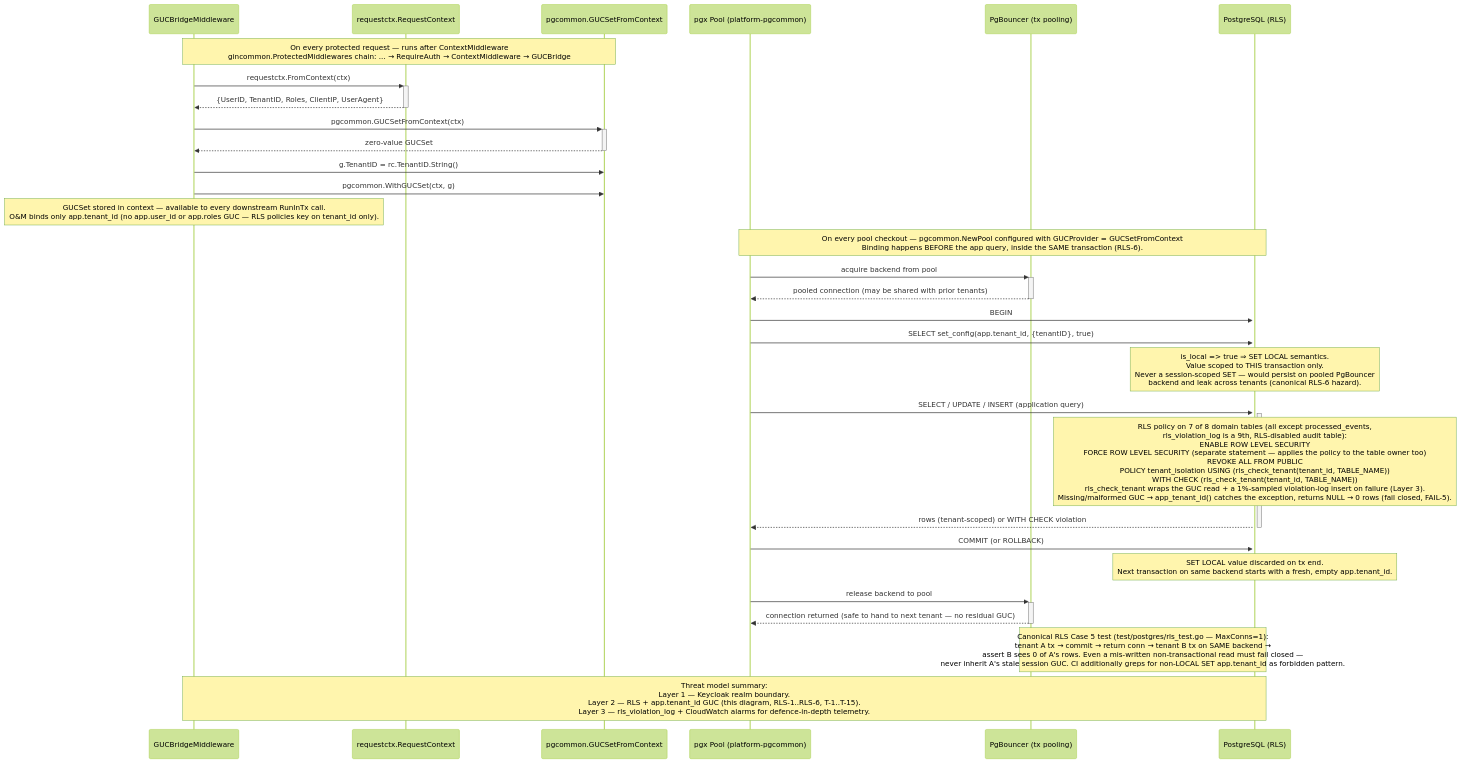
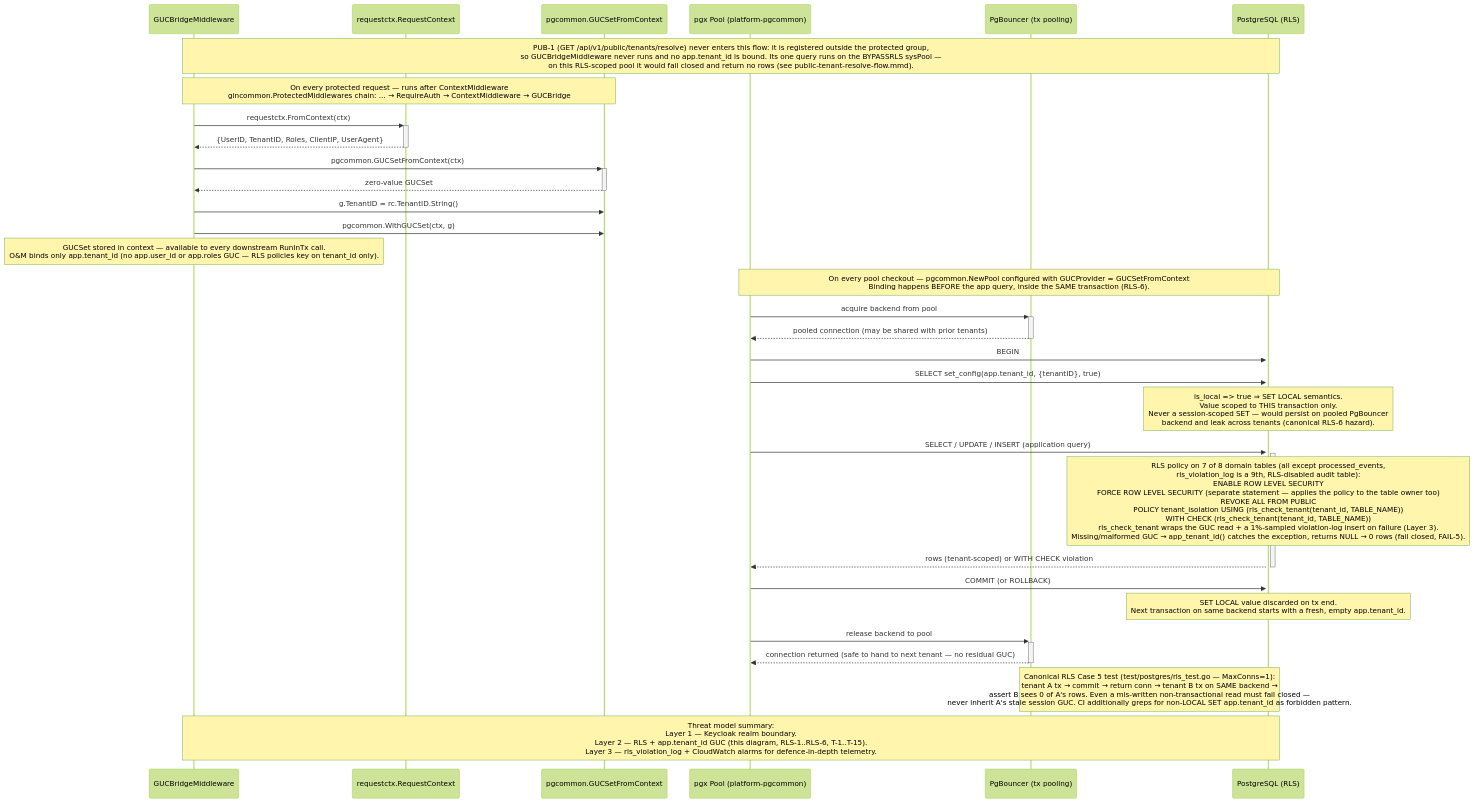
Before and after one commit to BCBP-SOLUTIONS-FZC-LLC/iam-org-membership: diagram 12 of 13 in ARCHITECTURE.md, drawn with Mermaid (forest theme). The commit also changed other lines of this file and 39 other files, not shown here.

First line of the commit message:
feat(api): PUB-1 GET /api/v1/public/tenants/resolve — pre-login tenant/realm resolution (#16)

````diff
--- a/ARCHITECTURE.md
+++ b/ARCHITECTURE.md
@@ -942,45 +984,47 @@
 ```mermaid
 sequenceDiagram
     participant MW as GUCBridgeMiddleware
     participant RC as requestctx.RequestContext
     participant GUC as pgcommon.GUCSetFromContext
     participant Pool as pgx Pool (platform-pgcommon)
     participant PGB as PgBouncer (tx pooling)
     participant DB as PostgreSQL (RLS)
+
+    Note over MW,DB: PUB-1 (GET /api/v1/public/tenants/resolve) never enters this flow: it is registered outside the protected group,<br/>so GUCBridgeMiddleware never runs and no app.tenant_id is bound. Its one query runs on the BYPASSRLS sysPool —<br/>on this RLS-scoped pool it would fail closed and return no rows (see public-tenant-resolve-flow.mmd).
 
     Note over MW,GUC: On every protected request — runs after ContextMiddleware<br/>gincommon.ProtectedMiddlewares chain: ... → RequireAuth → ContextMiddleware → GUCBridge
 
     MW ->>+ RC: requestctx.FromContext(ctx)
     RC -->>- MW: {UserID, TenantID, Roles, ClientIP, UserAgent}
 
     MW ->>+ GUC: pgcommon.GUCSetFromContext(ctx)
     GUC -->>- MW: zero-value GUCSet
 
     MW ->> GUC: g.TenantID = rc.TenantID.String()
     MW ->> GUC: pgcommon.WithGUCSet(ctx, g)
     Note over MW: GUCSet stored in context — available to every downstream RunInTx call.<br/>O&M binds only app.tenant_id (no app.user_id or app.roles GUC — RLS policies key on tenant_id only).
 
     Note over Pool,DB: On every pool checkout — pgcommon.NewPool configured with GUCProvider = GUCSetFromContext<br/>Binding happens BEFORE the app query, inside the SAME transaction (RLS-6).
 
     Pool ->>+ PGB: acquire backend from pool
     PGB -->>- Pool: pooled connection (may be shared with prior tenants)
 
     Pool ->>+ DB: BEGIN
     Pool ->>+ DB: SELECT set_config(app.tenant_id, {tenantID}, true)
     Note over DB: is_local => true ⇒ SET LOCAL semantics.<br/>Value scoped to THIS transaction only.<br/>Never a session-scoped SET — would persist on pooled PgBouncer<br/>backend and leak across tenants (canonical RLS-6 hazard).
 
     Pool ->>+ DB: SELECT / UPDATE / INSERT (application query)
     Note over DB: RLS policy on 7 of 8 domain tables (all except processed_events,<br/>rls_violation_log is a 9th, RLS-disabled audit table):<br/>  ENABLE ROW LEVEL SECURITY<br/>  FORCE ROW LEVEL SECURITY (separate statement — applies the policy to the table owner too)<br/>  REVOKE ALL FROM PUBLIC<br/>  POLICY tenant_isolation USING (rls_check_tenant(tenant_id, TABLE_NAME))<br/>                          WITH CHECK (rls_check_tenant(tenant_id, TABLE_NAME))<br/>rls_check_tenant wraps the GUC read + a 1%-sampled violation-log insert on failure (Layer 3).<br/>Missing/malformed GUC → app_tenant_id() catches the exception, returns NULL → 0 rows (fail closed, FAIL-5).
 
     DB -->>- Pool: rows (tenant-scoped) or WITH CHECK violation
 
     Pool ->>+ DB: COMMIT (or ROLLBACK)
     Note over DB: SET LOCAL value discarded on tx end.<br/>Next transaction on same backend starts with a fresh, empty app.tenant_id.
 
     Pool ->>+ PGB: release backend to pool
     PGB -->>- Pool: connection returned (safe to hand to next tenant — no residual GUC)
 
     Note over DB,PGB: Canonical RLS Case 5 test (test/postgres/rls_test.go — MaxConns=1):<br/>tenant A tx → commit → return conn → tenant B tx on SAME backend →<br/>assert B sees 0 of A's rows. Even a mis-written non-transactional read must fail closed —<br/>never inherit A's stale session GUC. CI additionally greps for non-LOCAL SET app.tenant_id as forbidden pattern.
 
     Note over MW,DB: Threat model summary:<br/>Layer 1 — Keycloak realm boundary.<br/>Layer 2 — RLS + app.tenant_id GUC (this diagram, RLS-1..RLS-6, T-1..T-15).<br/>Layer 3 — rls_violation_log + CloudWatch alarms for defence-in-depth telemetry.
 ```
````
